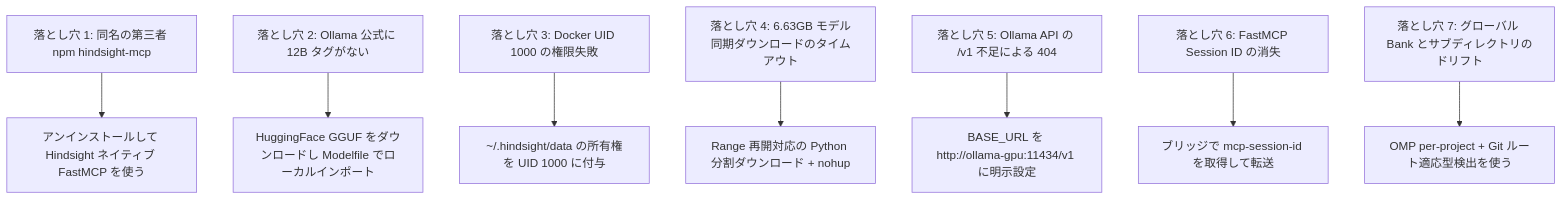
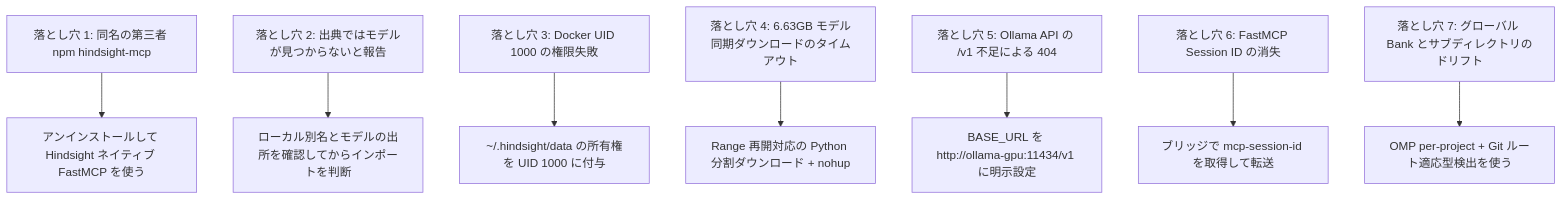
The diagram in content/blog/legacy/note/ja/hindsight-troubleshooting.md (DavidHLP/DavidHLP.github.io), drawn with Mermaid before and after one commit. The commit also changed 40 other files, not shown here.

````diff
--- a/content/blog/legacy/note/ja/hindsight-troubleshooting.md
+++ b/content/blog/legacy/note/ja/hindsight-troubleshooting.md
@@ -81,10 +81,10 @@
 ```mermaid
 graph TD
   P1[落とし穴 1: 同名の第三者 npm hindsight-mcp] --> S1[アンインストールして Hindsight ネイティブ FastMCP を使う]
-  P2[落とし穴 2: Ollama 公式に 12B タグがない] --> S2[HuggingFace GGUF をダウンロードし Modelfile でローカルインポート]
+  P2[落とし穴 2: 出典ではモデルが見つからないと報告] --> S2[ローカル別名とモデルの出所を確認してからインポートを判断]
   P3[落とし穴 3: Docker UID 1000 の権限失敗] --> S3[~/.hindsight/data の所有権を UID 1000 に付与]
   P4[落とし穴 4: 6.63GB モデル同期ダウンロードのタイムアウト] --> S4[Range 再開対応の Python 分割ダウンロード + nohup]
   P5[落とし穴 5: Ollama API の /v1 不足による 404] --> S5[BASE_URL を http://ollama-gpu:11434/v1 に明示設定]
   P6[落とし穴 6: FastMCP Session ID の消失] --> S6[ブリッジで mcp-session-id を取得して転送]
   P7[落とし穴 7: グローバル Bank とサブディレクトリのドリフト] --> S7[OMP per-project + Git ルート適応型検出を使う]
 ```
````
